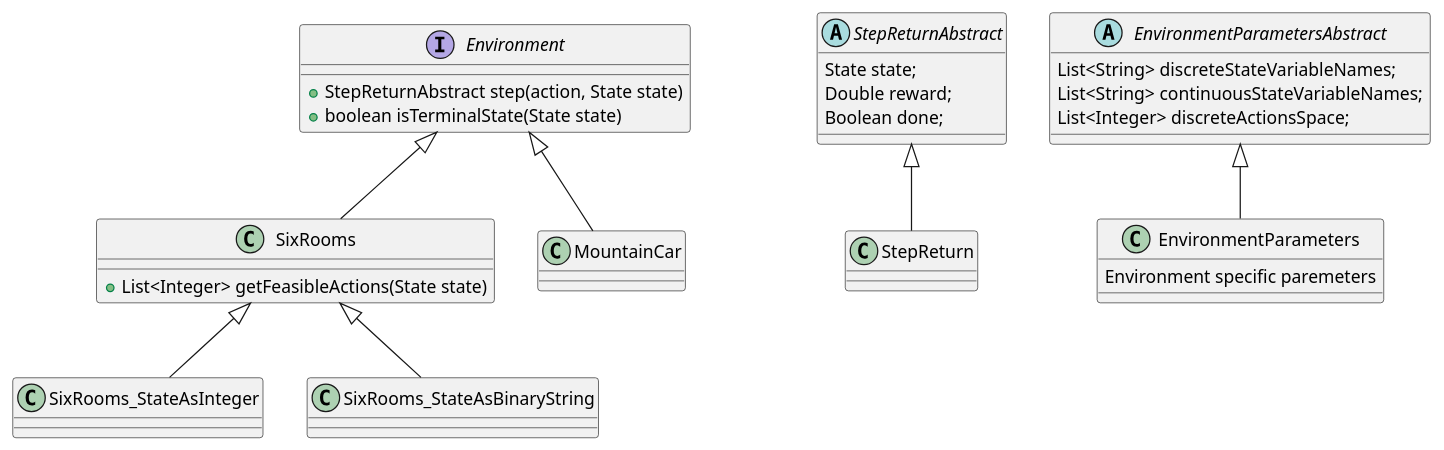
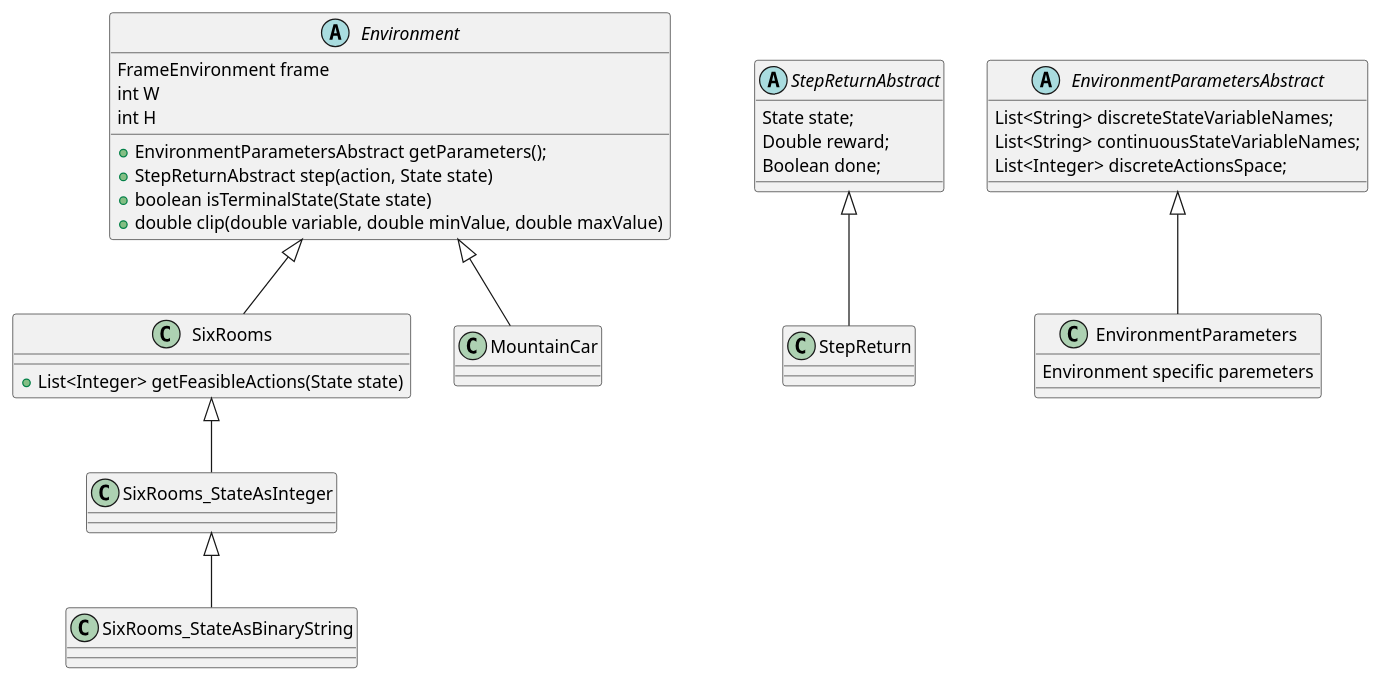
Before and after one commit to JonasHellgren/MachineLearning: the diagram in src/main/java/java_ai_gym/plantuml/classes_environment.puml, drawn with PlantUML. The commit also changed 1 other file, not shown here.

Commit message:
Minor plantuml updates. For ex Environment as absract class.

```diff
--- a/src/main/java/java_ai_gym/plantuml/classes_environment.puml
+++ b/src/main/java/java_ai_gym/plantuml/classes_environment.puml
@@ -1,58 +1,63 @@
 @startuml
 'https://plantuml.com/class-diagram
 
 
-interface Environment {
+abstract class Environment {
+FrameEnvironment frame
+int W
+int H
++ EnvironmentParametersAbstract getParameters();
 + StepReturnAbstract step(action, State state)
 + boolean isTerminalState(State state)
++ double clip(double variable, double minValue, double maxValue)
 }
 
 abstract class StepReturnAbstract  {
 State state;
 Double reward;
 Boolean done;
  }
 
  abstract class EnvironmentParametersAbstract  {
  List<String> discreteStateVariableNames;
  List<String> continuousStateVariableNames;
  List<Integer> discreteActionsSpace;
   }
 
 
 class StepReturn {
 }
 
 class EnvironmentParameters {
 Environment specific paremeters
 }
 
 class SixRooms {
 + List<Integer> getFeasibleActions(State state)
 }
 
 class SixRooms_StateAsInteger {
 }
 
 class SixRooms_StateAsBinaryString {
 }
 
 class MountainCar {
 }
 
 
 Environment  <|-- SixRooms
 Environment  <|-- MountainCar
 
 SixRooms  <|-- SixRooms_StateAsInteger
-SixRooms  <|-- SixRooms_StateAsBinaryString
+SixRooms_StateAsInteger  <|-- SixRooms_StateAsBinaryString
 
 
 StepReturnAbstract  <|-- StepReturn
 EnvironmentParametersAbstract  <|-- EnvironmentParameters
 
 
 
 
 
 @enduml
```
